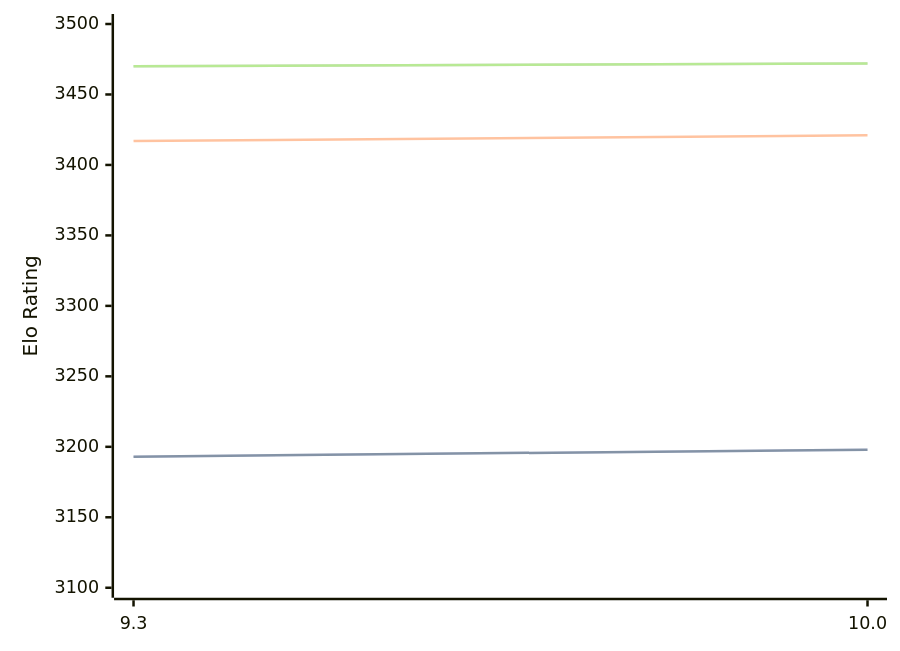
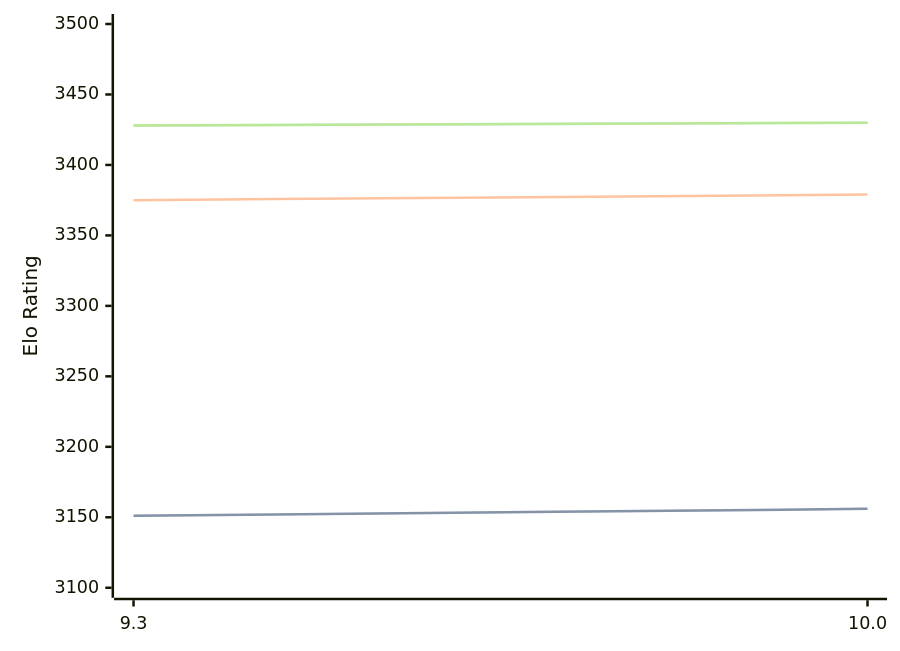
The diagram in engines/Fire.md (computer-chess-index/cci), drawn with Mermaid before and after one commit. The commit also changed other lines of this file, not shown here.

Commit message:
Update CCI Ratings (ELO VLTC) - 2026-05-19

````diff
--- a/engines/Fire.md
+++ b/engines/Fire.md
@@ -47,11 +47,11 @@
 ```mermaid
 %%{init: {"theme":"base","themeVariables":{"seriesColors:['#a3a3a3','#222221','#faa371']}}}%%
 xychart-beta
   x-axis ["9.3", "10.0"]
   y-axis "Elo Rating" 3100 --> 3500
-  line "STC (8.0+0.08s)" [3193, 3198]
-  line "STC (8.0+0.08s)" [3193, 3198]
-  line "LTC (60.0+0.60s)" [3417, 3421]
-  line "VLTC (2m24s+1.12s)" [3470, 3472]
-  line "VLTC (2m24s+1.12s)" [3470, 3472]
+  line "STC (8.0+0.08s)" [3151, 3156]
+  line "STC (8.0+0.08s)" [3151, 3156]
+  line "LTC (60.0+0.60s)" [3375, 3379]
+  line "VLTC (2m24s+1.12s)" [3428, 3430]
+  line "VLTC (2m24s+1.12s)" [3428, 3430]
 ```
````
